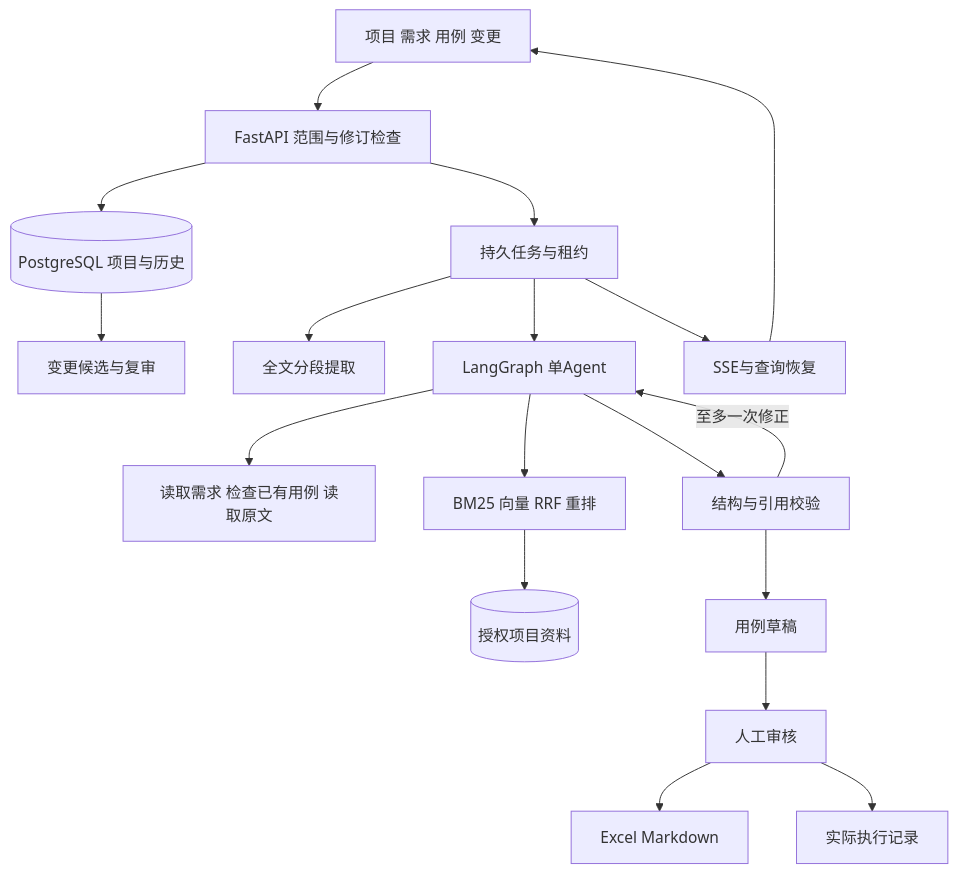
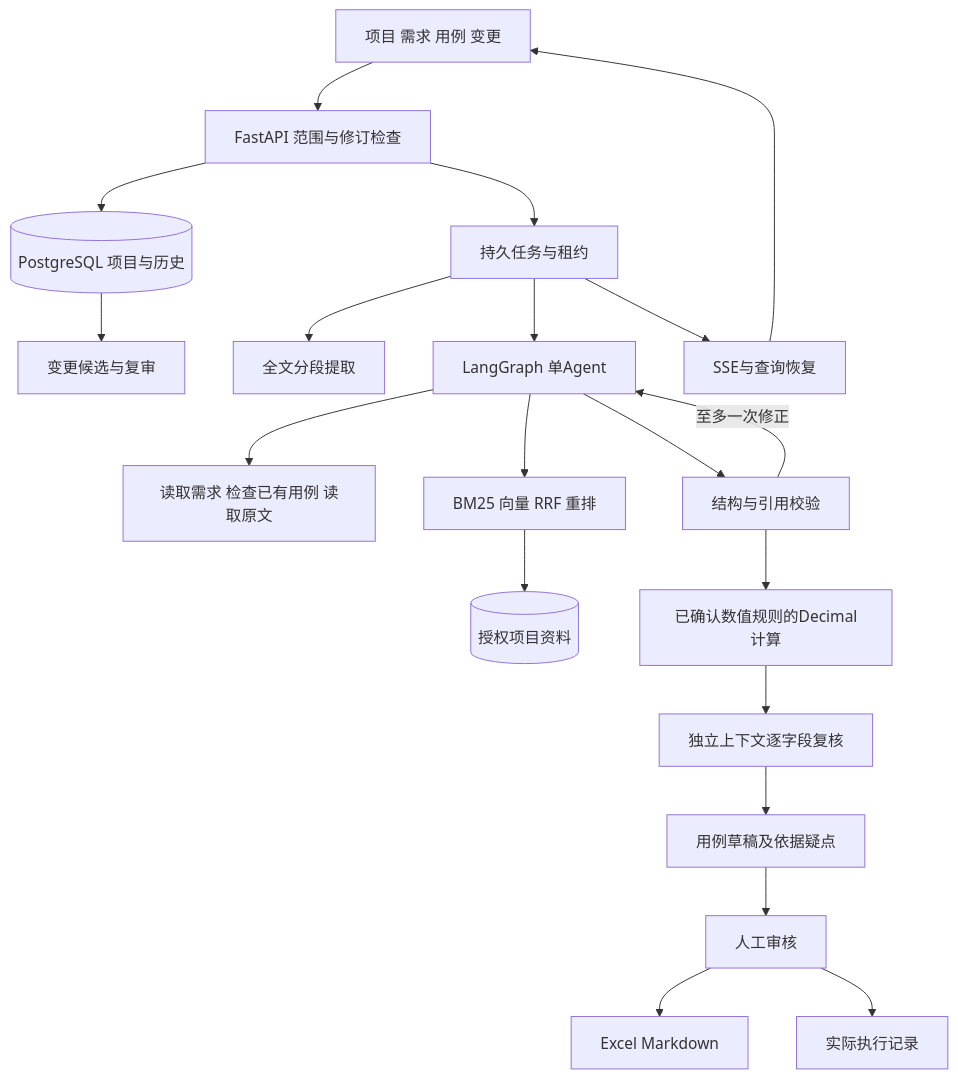
Before and after one commit to chen-xinyi111/caseflow: the diagram in docs/ARCHITECTURE.md, drawn with Mermaid. The commit also changed other lines of this file and 19 other files, not shown here.

Commit message:
Add evidence checks and confirmed numeric rules

````diff
--- a/docs/ARCHITECTURE.md
+++ b/docs/ARCHITECTURE.md
@@ -3,20 +3,22 @@
 ```mermaid
 flowchart TD
  UI[项目 需求 用例 变更] --> API[FastAPI 范围与修订检查]
  API --> DB[(PostgreSQL 项目与历史)]
  API --> Queue[持久任务与租约]
  Queue --> Extract[全文分段提取]
  Queue --> Agent[LangGraph 单Agent]
  Agent --> Tools[读取需求 检查已有用例 读取原文]
  Agent --> RAG[BM25 向量 RRF 重排]
  RAG --> KB[(授权项目资料)]
  Agent --> Validate[结构与引用校验]
  Validate -->|至多一次修正| Agent
- Validate --> Draft[用例草稿]
+ Validate --> Numeric[已确认数值规则的Decimal计算]
+ Numeric --> Evidence[独立上下文逐字段复核]
+ Evidence --> Draft[用例草稿及依据疑点]
  Draft --> Review[人工审核]
  Review --> Export[Excel Markdown]
  Review --> Runs[实际执行记录]
  DB --> Changes[变更候选与复审]
  Queue --> Events[SSE与查询恢复]
  Events --> UI
 ```
````
